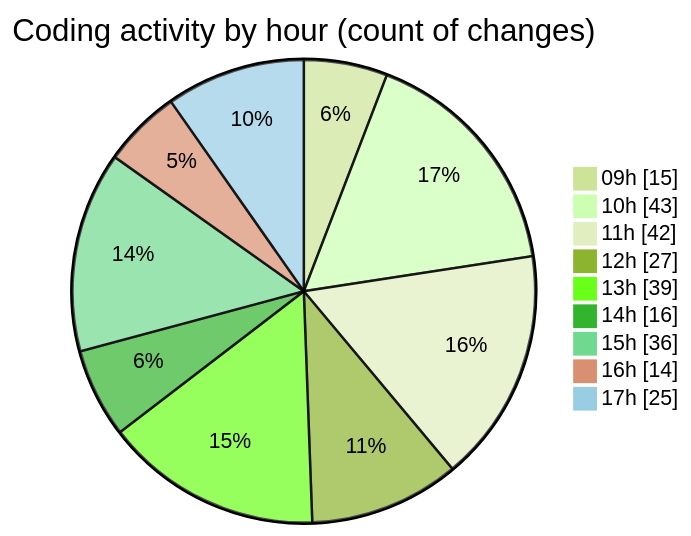
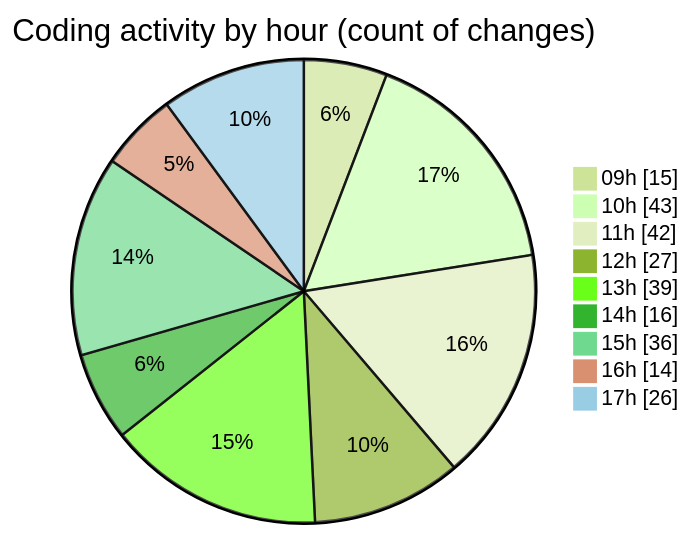
The second of 2 diagrams in 2025-09-30/cda/README.md (momahboobian/code-tracking), drawn with Mermaid (forest theme) before and after one commit. The commit also changed other lines of this file and 1 other file, not shown here.

````diff
--- a/2025-09-30/cda/README.md
+++ b/2025-09-30/cda/README.md
@@ -34,13 +34,13 @@
 ```mermaid
 pie showData
 title Coding activity by hour (count of changes)
 "09h" : 15
 "10h" : 43
 "11h" : 42
 "12h" : 27
 "13h" : 39
 "14h" : 16
 "15h" : 36
 "16h" : 14
-"17h" : 25
+"17h" : 26
 ```
````
